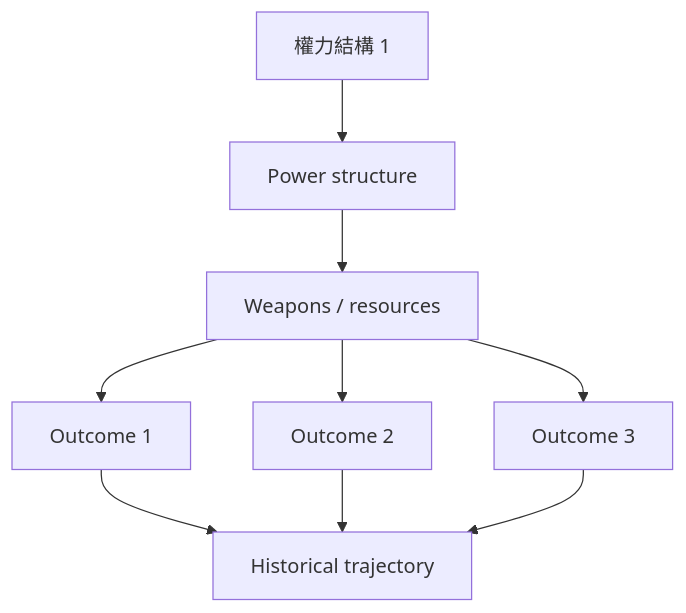
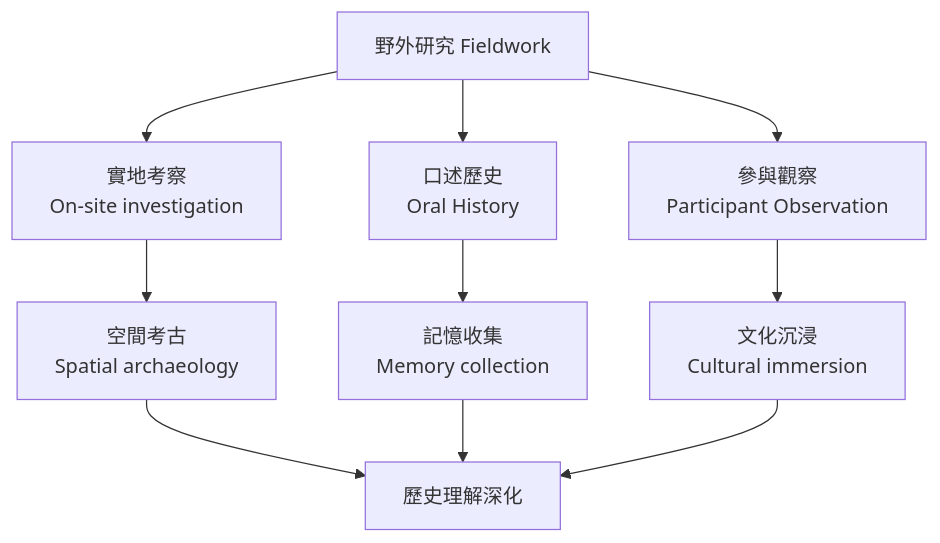
Before and after one commit to yip-lgtm/HKU-Harvard-History-Self-Study: the first of 10 diagrams in 01_HKU_Courses/HIST4028_History_without_Borders.md, drawn with Mermaid. The commit also changed other lines of this file and 65 other files, not shown here.

````diff
--- a/01_HKU_Courses/HIST4028_History_without_Borders.md
+++ b/01_HKU_Courses/HIST4028_History_without_Borders.md
@@ -107,11 +133,12 @@
 ```mermaid
-graph TD
-    A[權力結構 1] --> B[Power structure]
-    B --> C[Weapons / resources]
-    C --> D[Outcome 1]
-    C --> E[Outcome 2]
-    C --> F[Outcome 3]
-    D --> G[Historical trajectory]
-    E --> G
-    F --> G
+flowchart TD
+    A[野外研究 Fieldwork] --> B[實地考察<br/>On-site investigation]
+    A --> C[口述歷史<br/>Oral History]
+    A --> D[參與觀察<br/>Participant Observation]
+    B --> E[空間考古<br/>Spatial archaeology]
+    C --> F[記憶收集<br/>Memory collection]
+    D --> G[文化沉浸<br/>Cultural immersion]
+    E --> H[歷史理解深化]
+    F --> H
+    G --> H
 ```
````
